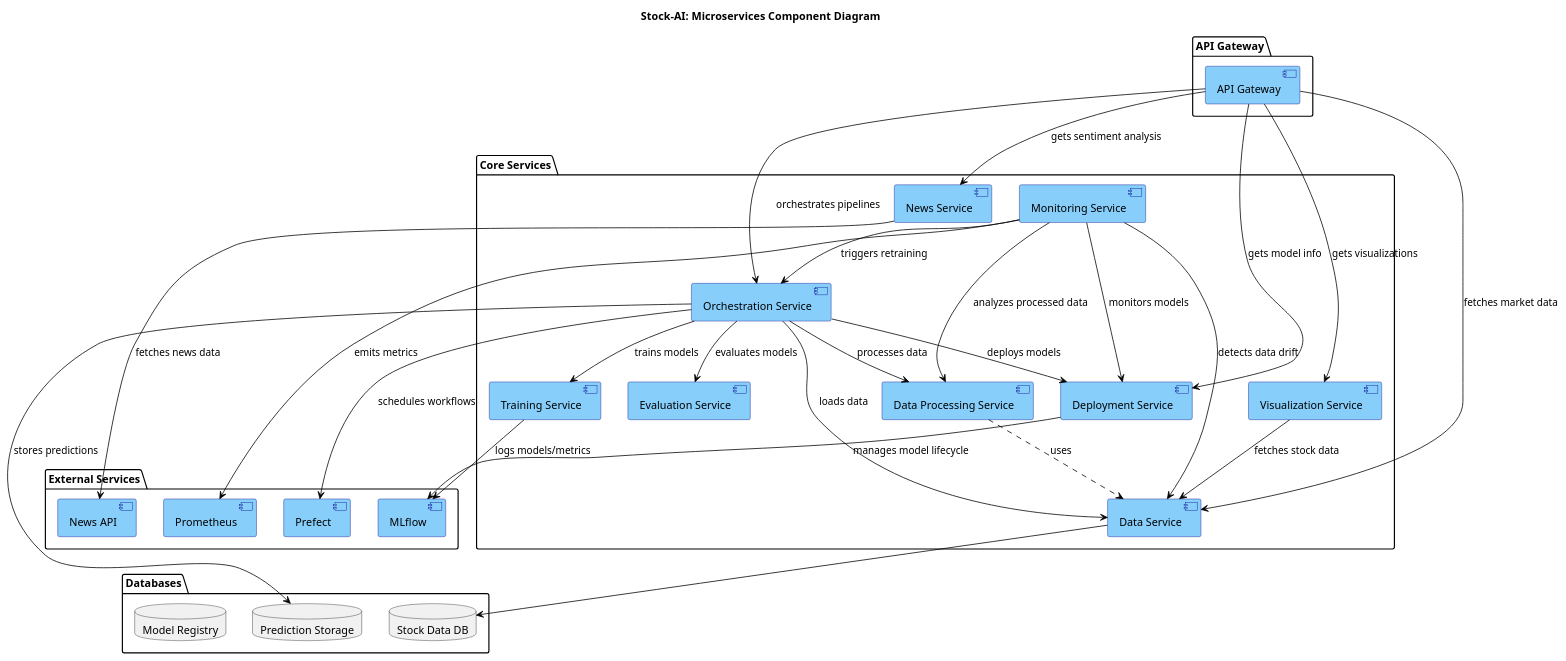
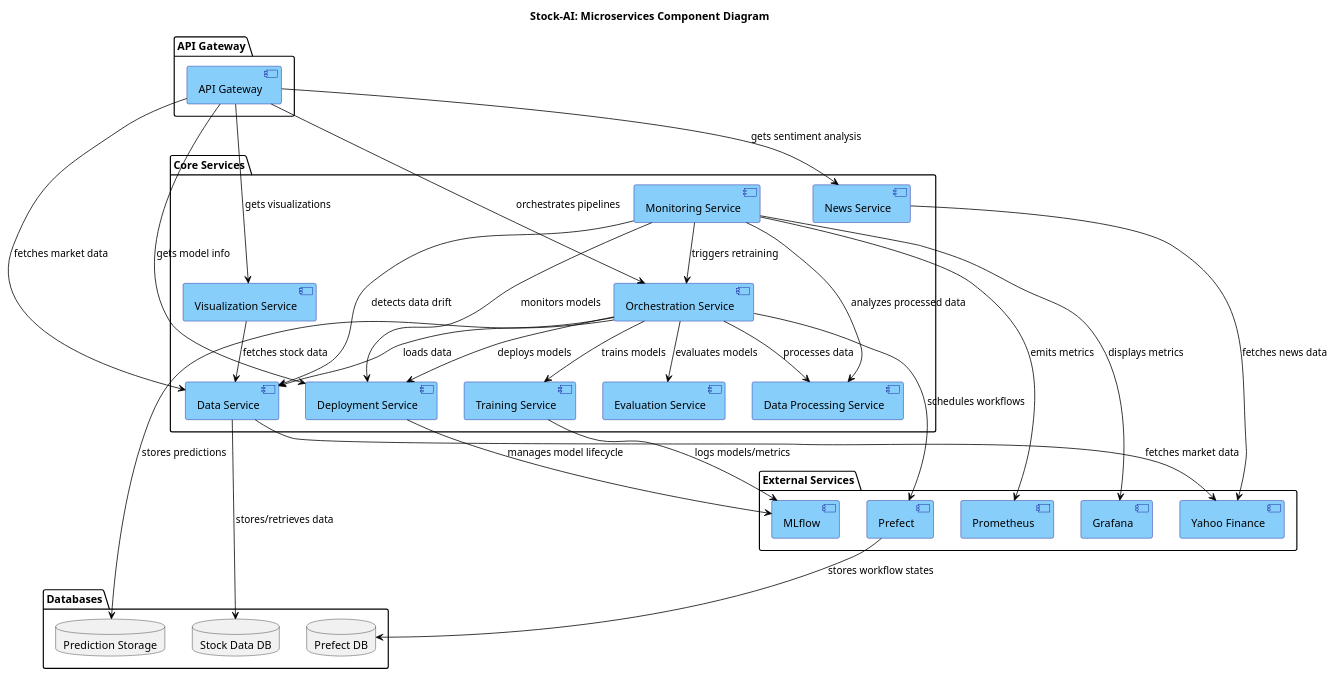
The diagram in docs/microservices/architecture_microservices_component.puml (LOG795-PFE031/stock-ai_pfe031), drawn with PlantUML before and after one commit. The commit also changed 2 other files, not shown here.

Commit message:
Refactor data flow and architecture diagrams to improve clarity and update service interactions

```diff
--- a/docs/microservices/architecture_microservices_component.puml
+++ b/docs/microservices/architecture_microservices_component.puml
@@ -1,69 +1,74 @@
 @startuml Component_Diagram
 
 title Stock-AI: Microservices Component Diagram
 
 skinparam component {
   BackgroundColor LightSkyBlue
   BorderColor DarkBlue
   ArrowColor Black
 }
 
 package "API Gateway" {
   [API Gateway] as api
 }
 
 package "Core Services" {
   [Data Service] as dataService
   [Data Processing Service] as dataProcessingService
   [Training Service] as trainingService
   [Deployment Service] as deploymentService
   [Evaluation Service] as evaluationService
   [Orchestration Service] as orchestrationService
   [Monitoring Service] as monitoringService
   [News Service] as newsService
   [Visualization Service] as visualizationService
 }
 
 package "Databases" {
   database "Stock Data DB" as stockDB
   database "Prediction Storage" as predictionDB
-  database "Model Registry" as modelRegistry
+  database "Prefect DB" as prefectDB
 }
 
 package "External Services" {
   [MLflow] as mlflow
   [Prefect] as prefect
   [Prometheus] as prometheus
-  [News API] as newsAPI
+  [Grafana] as grafana
+  [Yahoo Finance] as yahooFinance
 }
 
 ' Core service relationships
-dataService --> stockDB
-dataProcessingService ..> dataService : uses
+dataService --> stockDB : stores/retrieves data
 orchestrationService --> dataService : loads data
 orchestrationService --> dataProcessingService : processes data
 orchestrationService --> trainingService : trains models
 orchestrationService --> deploymentService : deploys models
 orchestrationService --> evaluationService : evaluates models
 orchestrationService --> predictionDB : stores predictions
 monitoringService --> deploymentService : monitors models
 monitoringService --> orchestrationService : triggers retraining
 monitoringService --> dataService : detects data drift
 monitoringService --> dataProcessingService : analyzes processed data
-newsService --> newsAPI : fetches news data
+newsService --> yahooFinance : fetches news data
+dataService --> yahooFinance : fetches market data
 visualizationService --> dataService : fetches stock data
 
 ' External service relationships
 trainingService --> mlflow : logs models/metrics
 deploymentService --> mlflow : manages model lifecycle
 orchestrationService --> prefect : schedules workflows
 monitoringService --> prometheus : emits metrics
+monitoringService --> grafana : displays metrics
+
+prefect --> prefectDB : stores workflow states
+
 
 ' API Gateway relationships
 api --> orchestrationService : orchestrates pipelines
 api --> dataService : fetches market data
 api --> newsService : gets sentiment analysis
 api --> visualizationService : gets visualizations
 api --> deploymentService : gets model info
 
 @enduml
```
